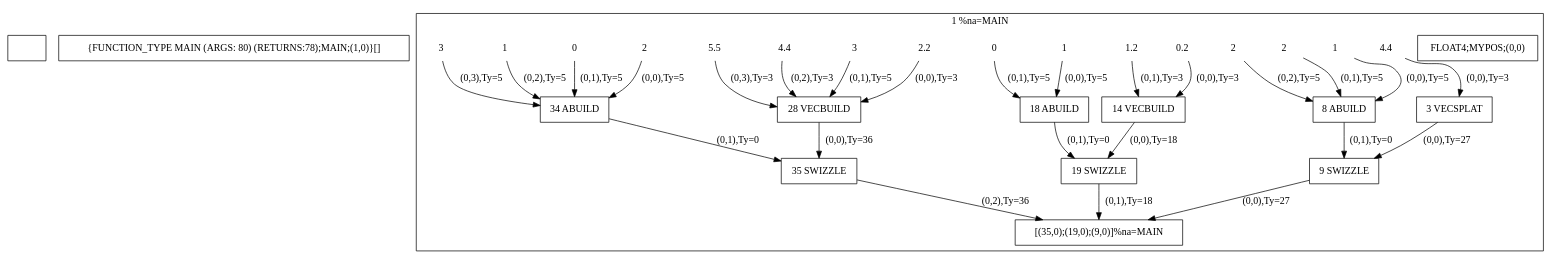
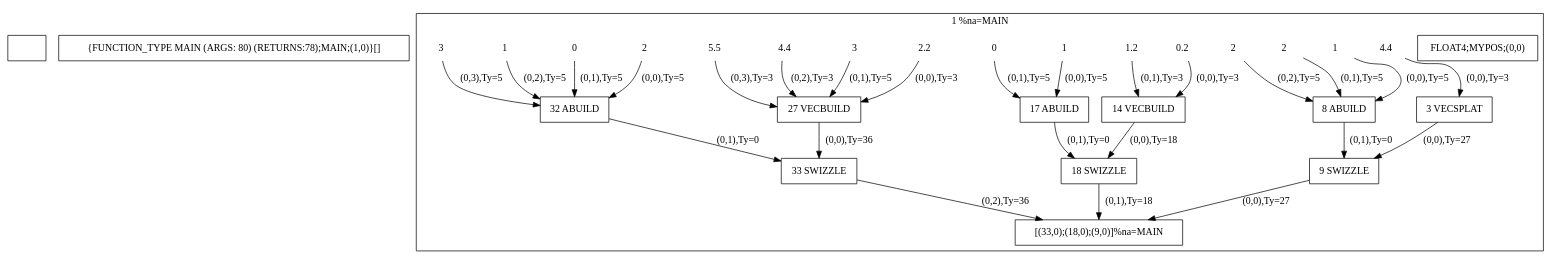
Before and after one commit to qram9/sisal: the diagram in out.dot, drawn with Graphviz. The commit also changed 3 other files, not shown here.

```diff
--- a/out.dot
+++ b/out.dot
@@ -1,59 +1,59 @@
 digraph R {
 newrank=true;
 IN00 [shape=rect;label=""];
 OUT00 [shape=rect;label="{FUNCTION_TYPE MAIN (ARGS: 80) (RETURNS:78);MAIN;(1,0)}[]"];
 subgraph cluster_01 {
 label="1 %na=MAIN";
 IN01 [shape=rect;label="FLOAT4;MYPOS;(0,0)"];
-OUT01 [shape=rect;label="[(35,0);(19,0);(9,0)]%na=MAIN"];
+OUT01 [shape=rect;label="[(33,0);(18,0);(9,0)]%na=MAIN"];
 11 [shape=plaintext;label="4.4"];
 13 [shape=rect;label="3 VECSPLAT"];
 15 [shape=plaintext;label="1"];
 16 [shape=plaintext;label="2"];
 17 [shape=plaintext;label="2"];
 18 [shape=rect;label="8 ABUILD"];
 19 [shape=rect;label="9 SWIZZLE"];
 110 [shape=plaintext;label="0.2"];
 112 [shape=plaintext;label="1.2"];
 114 [shape=rect;label="14 VECBUILD"];
-116 [shape=plaintext;label="1"];
-117 [shape=plaintext;label="0"];
-118 [shape=rect;label="18 ABUILD"];
-119 [shape=rect;label="19 SWIZZLE"];
-120 [shape=plaintext;label="2.2"];
-122 [shape=plaintext;label="3"];
-124 [shape=plaintext;label="4.4"];
-126 [shape=plaintext;label="5.5"];
-128 [shape=rect;label="28 VECBUILD"];
-130 [shape=plaintext;label="2"];
-131 [shape=plaintext;label="0"];
-132 [shape=plaintext;label="1"];
-133 [shape=plaintext;label="3"];
-134 [shape=rect;label="34 ABUILD"];
-135 [shape=rect;label="35 SWIZZLE"]
+115 [shape=plaintext;label="1"];
+116 [shape=plaintext;label="0"];
+117 [shape=rect;label="17 ABUILD"];
+118 [shape=rect;label="18 SWIZZLE"];
+119 [shape=plaintext;label="2.2"];
+121 [shape=plaintext;label="3"];
+123 [shape=plaintext;label="4.4"];
+125 [shape=plaintext;label="5.5"];
+127 [shape=rect;label="27 VECBUILD"];
+128 [shape=plaintext;label="2"];
+129 [shape=plaintext;label="0"];
+130 [shape=plaintext;label="1"];
+131 [shape=plaintext;label="3"];
+132 [shape=rect;label="32 ABUILD"];
+133 [shape=rect;label="33 SWIZZLE"]
 11 ->  13 [label="(0,0),Ty=3"]
 13 ->  19 [label="(0,0),Ty=27"]
 15 ->  18 [label="(0,0),Ty=5"]
 16 ->  18 [label="(0,1),Ty=5"]
 17 ->  18 [label="(0,2),Ty=5"]
 18 ->  19 [label="(0,1),Ty=0"]
 19 ->  OUT01 [label="(0,0),Ty=27"]
 110 ->  114 [label="(0,0),Ty=3"]
 112 ->  114 [label="(0,1),Ty=3"]
-114 ->  119 [label="(0,0),Ty=18"]
-116 ->  118 [label="(0,0),Ty=5"]
-117 ->  118 [label="(0,1),Ty=5"]
-118 ->  119 [label="(0,1),Ty=0"]
-119 ->  OUT01 [label="(0,1),Ty=18"]
-120 ->  128 [label="(0,0),Ty=3"]
-122 ->  128 [label="(0,1),Ty=5"]
-124 ->  128 [label="(0,2),Ty=3"]
-126 ->  128 [label="(0,3),Ty=3"]
-128 ->  135 [label="(0,0),Ty=36"]
-130 ->  134 [label="(0,0),Ty=5"]
-131 ->  134 [label="(0,1),Ty=5"]
-132 ->  134 [label="(0,2),Ty=5"]
-133 ->  134 [label="(0,3),Ty=5"]
-134 ->  135 [label="(0,1),Ty=0"]
-135 ->  OUT01 [label="(0,2),Ty=36"]
+114 ->  118 [label="(0,0),Ty=18"]
+115 ->  117 [label="(0,0),Ty=5"]
+116 ->  117 [label="(0,1),Ty=5"]
+117 ->  118 [label="(0,1),Ty=0"]
+118 ->  OUT01 [label="(0,1),Ty=18"]
+119 ->  127 [label="(0,0),Ty=3"]
+121 ->  127 [label="(0,1),Ty=5"]
+123 ->  127 [label="(0,2),Ty=3"]
+125 ->  127 [label="(0,3),Ty=3"]
+127 ->  133 [label="(0,0),Ty=36"]
+128 ->  132 [label="(0,0),Ty=5"]
+129 ->  132 [label="(0,1),Ty=5"]
+130 ->  132 [label="(0,2),Ty=5"]
+131 ->  132 [label="(0,3),Ty=5"]
+132 ->  133 [label="(0,1),Ty=0"]
+133 ->  OUT01 [label="(0,2),Ty=36"]
 }}
```
